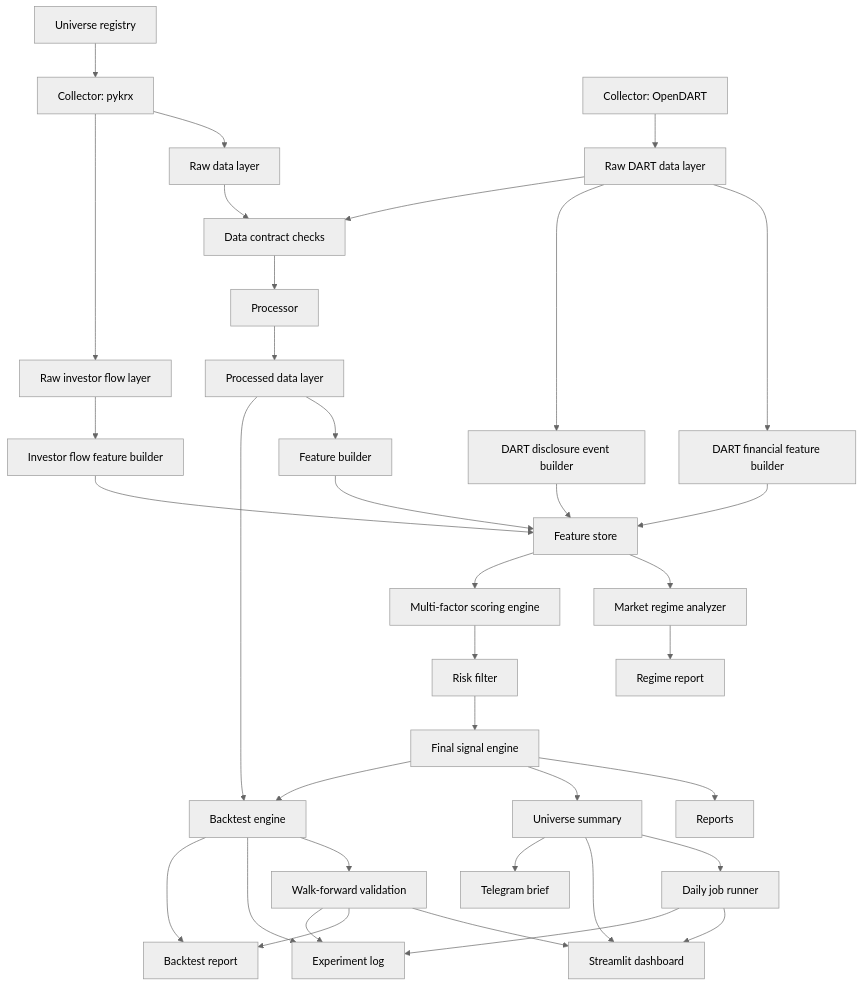
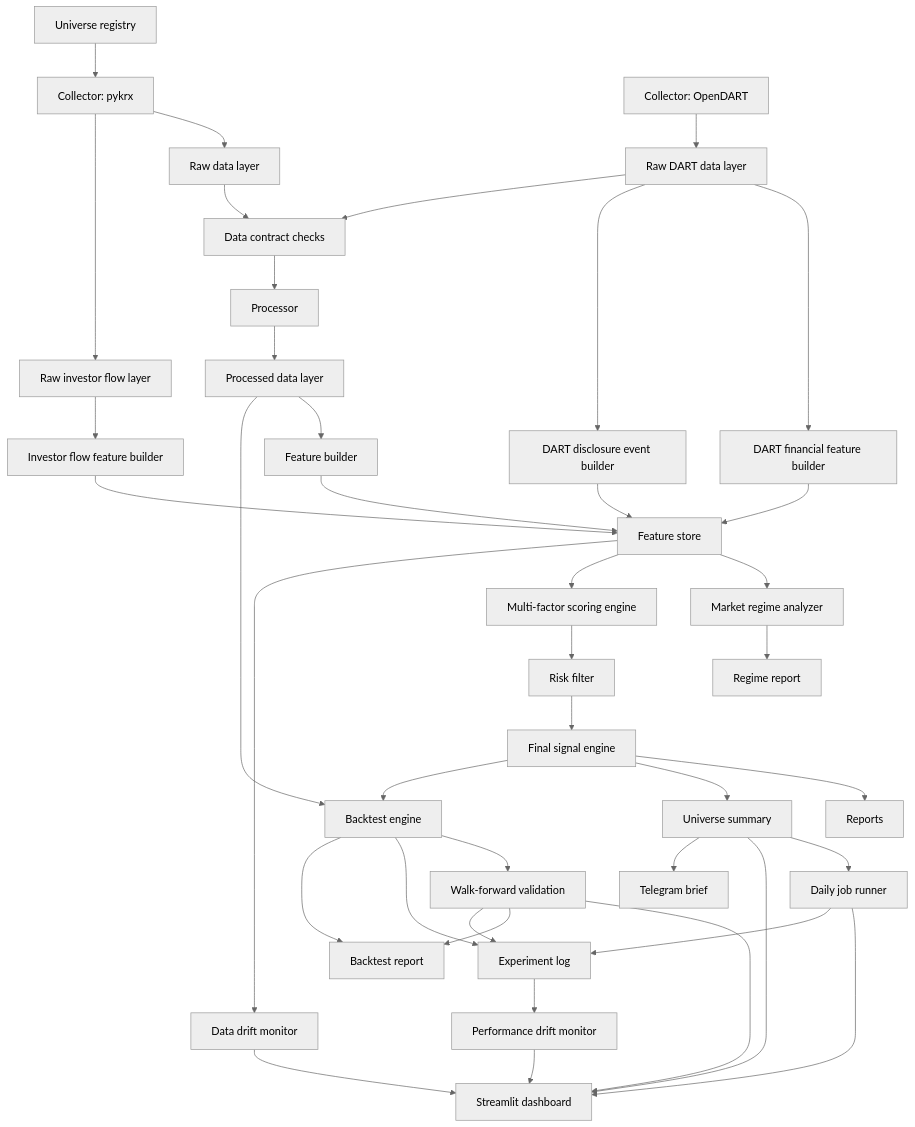
Before and after one commit to pkb0728-lgtm/krx-alpha-platform: the diagram in docs/architecture.md, drawn with Mermaid (neutral theme). The commit also changed other lines of this file and 11 other files, not shown here.

````diff
--- a/docs/architecture.md
+++ b/docs/architecture.md
@@ -11,39 +11,43 @@
 ```mermaid
 flowchart TD
     U["Universe registry"] --> A
     A["Collector: pykrx"] --> B["Raw data layer"]
     A --> W["Raw investor flow layer"]
     X["Collector: OpenDART"] --> Y["Raw DART data layer"]
     Y --> Z["DART financial feature builder"]
     Y --> V["DART disclosure event builder"]
     Z --> G
     V --> G
     W --> S["Investor flow feature builder"]
     S --> G
     B --> C["Data contract checks"]
     Y --> C
     C --> D["Processor"]
     D --> E["Processed data layer"]
     E --> F["Feature builder"]
     F --> G["Feature store"]
     G --> R["Market regime analyzer"]
     G --> H["Multi-factor scoring engine"]
     H --> I["Risk filter"]
     I --> J["Final signal engine"]
     J --> K["Reports"]
     J --> L["Universe summary"]
     L --> DJ["Daily job runner"]
     L --> M["Streamlit dashboard"]
     DJ --> M
     L --> T["Telegram brief"]
     J --> N["Backtest engine"]
     E --> N
     N --> Q["Walk-forward validation"]
     N --> EL["Experiment log"]
+    EL --> PD["Performance drift monitor"]
+    G --> DD["Data drift monitor"]
     N --> O["Backtest report"]
     Q --> M
     Q --> O
     Q --> EL
     DJ --> EL
+    PD --> M
+    DD --> M
     R --> P["Regime report"]
 ```
````
